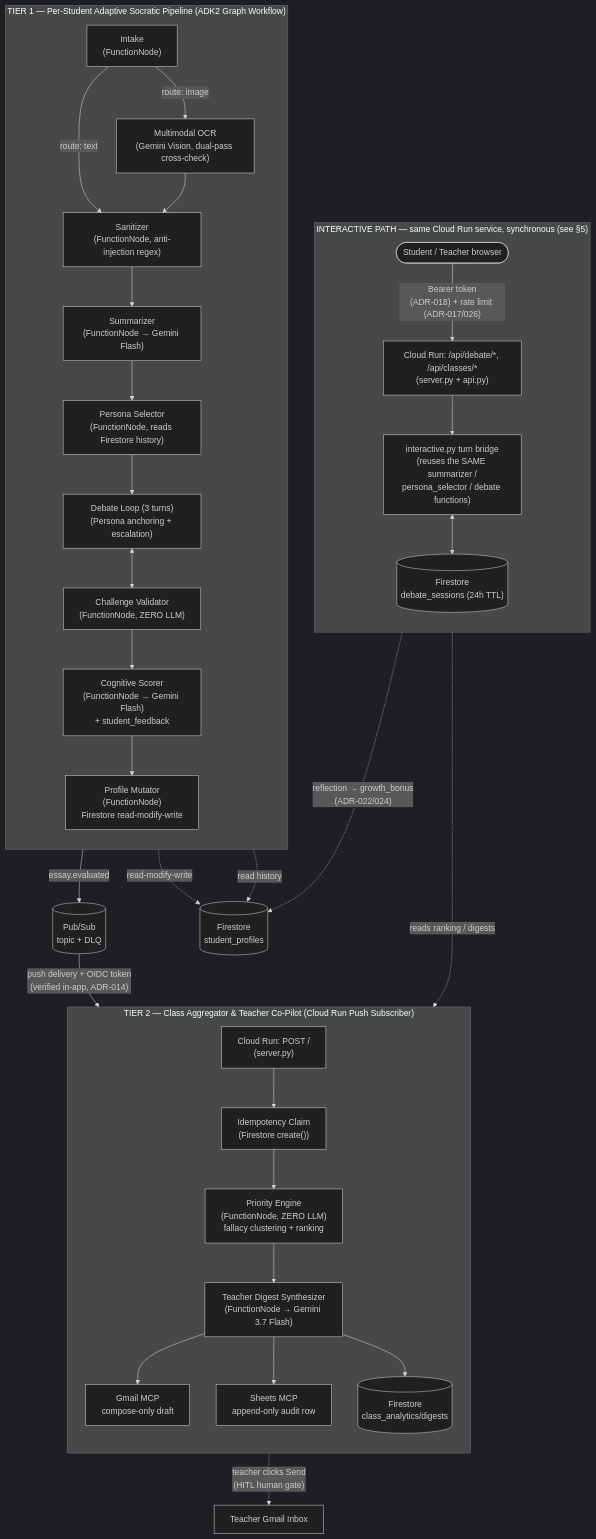
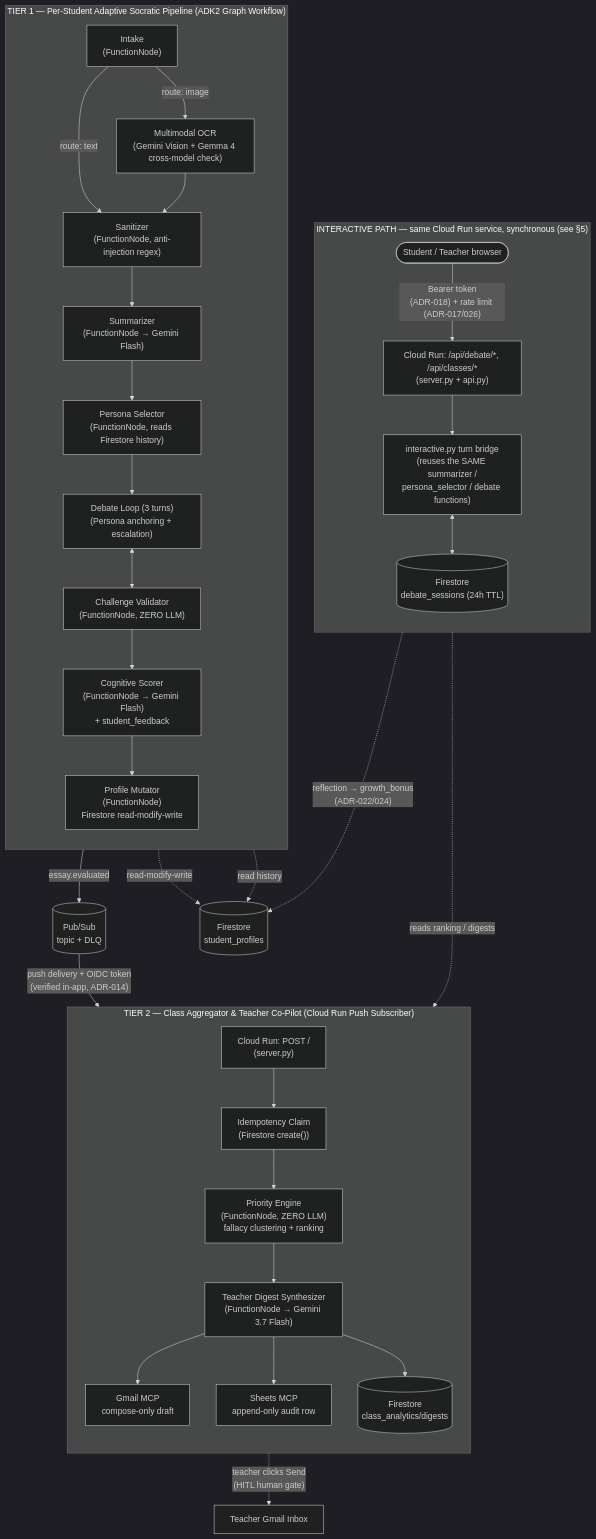
The diagram in README.md (francisnguyenanh/EduAgent), drawn with Mermaid (dark theme) before and after one commit. The commit also changed other lines of this file and 17 other files, not shown here.

````diff
--- a/README.md
+++ b/README.md
@@ -91,42 +91,42 @@
 ```mermaid
 flowchart TD
     subgraph T1["TIER 1 — Per-Student Adaptive Socratic Pipeline (ADK2 Graph Workflow)"]
         direction TB
-        IN["Intake\n(FunctionNode)"] -->|route: image| OCR["Multimodal OCR\n(Gemini Vision, dual-pass cross-check)"]
+        IN["Intake\n(FunctionNode)"] -->|route: image| OCR["Multimodal OCR\n(Gemini Vision + Gemma 4 cross-model check)"]
         IN -->|route: text| SAN["Sanitizer\n(FunctionNode, anti-injection regex)"]
         OCR --> SAN
         SAN --> SUM["Summarizer\n(FunctionNode → Gemini Flash)"]
         SUM --> PS["Persona Selector\n(FunctionNode, reads Firestore history)"]
         PS --> DEBATE["Debate Loop (3 turns)\n(Persona anchoring + escalation)"]
         DEBATE <--> VAL["Challenge Validator\n(FunctionNode, ZERO LLM)"]
         VAL --> SCORE["Cognitive Scorer\n(FunctionNode → Gemini Flash)\n+ student_feedback"]
         SCORE --> MUT["Profile Mutator\n(FunctionNode)\nFirestore read-modify-write"]
     end
 
     MUT -->|"essay.evaluated"| PUBSUB[("Pub/Sub\ntopic + DLQ")]
 
     subgraph T2["TIER 2 — Class Aggregator & Teacher Co-Pilot (Cloud Run Push Subscriber)"]
         direction TB
         SUB["Cloud Run: POST /\n(server.py)"] --> IDEM["Idempotency Claim\n(Firestore create())"]
         IDEM --> RANK["Priority Engine\n(FunctionNode, ZERO LLM)\nfallacy clustering + ranking"]
         RANK --> DIGEST["Teacher Digest Synthesizer\n(FunctionNode → Gemini 3.7 Flash)"]
         DIGEST --> GMAIL["Gmail MCP\ncompose-only draft"]
         DIGEST --> SHEETS["Sheets MCP\nappend-only audit row"]
         DIGEST --> ANALYTICS[("Firestore\nclass_analytics/digests")]
     end
 
     PUBSUB -->|"push delivery + OIDC token\n(verified in-app, ADR-014)"| SUB
 
     subgraph WEB["INTERACTIVE PATH — same Cloud Run service, synchronous (see §5)"]
         direction TB
         JUDGE(["Student / Teacher browser"]) -->|"Bearer token\n(ADR-018) + rate limit (ADR-017/026)"| API["Cloud Run: /api/debate/*, /api/classes/*\n(server.py + api.py)"]
         API --> BRIDGE["interactive.py turn bridge\n(reuses the SAME summarizer /\npersona_selector / debate functions)"]
         BRIDGE <--> SESSIONS[("Firestore\ndebate_sessions (24h TTL)")]
     end
 
     BRIDGE -.->|"reflection → growth_bonus\n(ADR-022/024)"| PROFILES
     MUT -.->|"read-modify-write"| PROFILES[("Firestore\nstudent_profiles")]
     PS -.->|"read history"| PROFILES
     API -.->|"reads ranking / digests"| ANALYTICS
     GMAIL -.->|"teacher clicks Send\n(HITL human gate)"| TEACHER["Teacher Gmail Inbox"]
 ```
````
